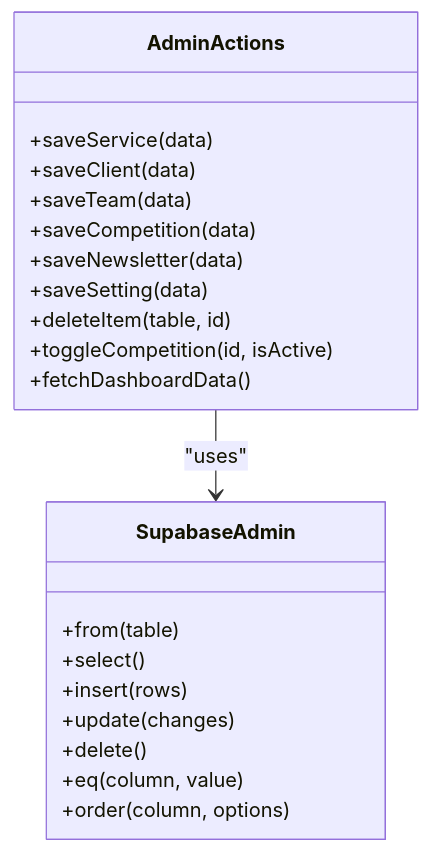
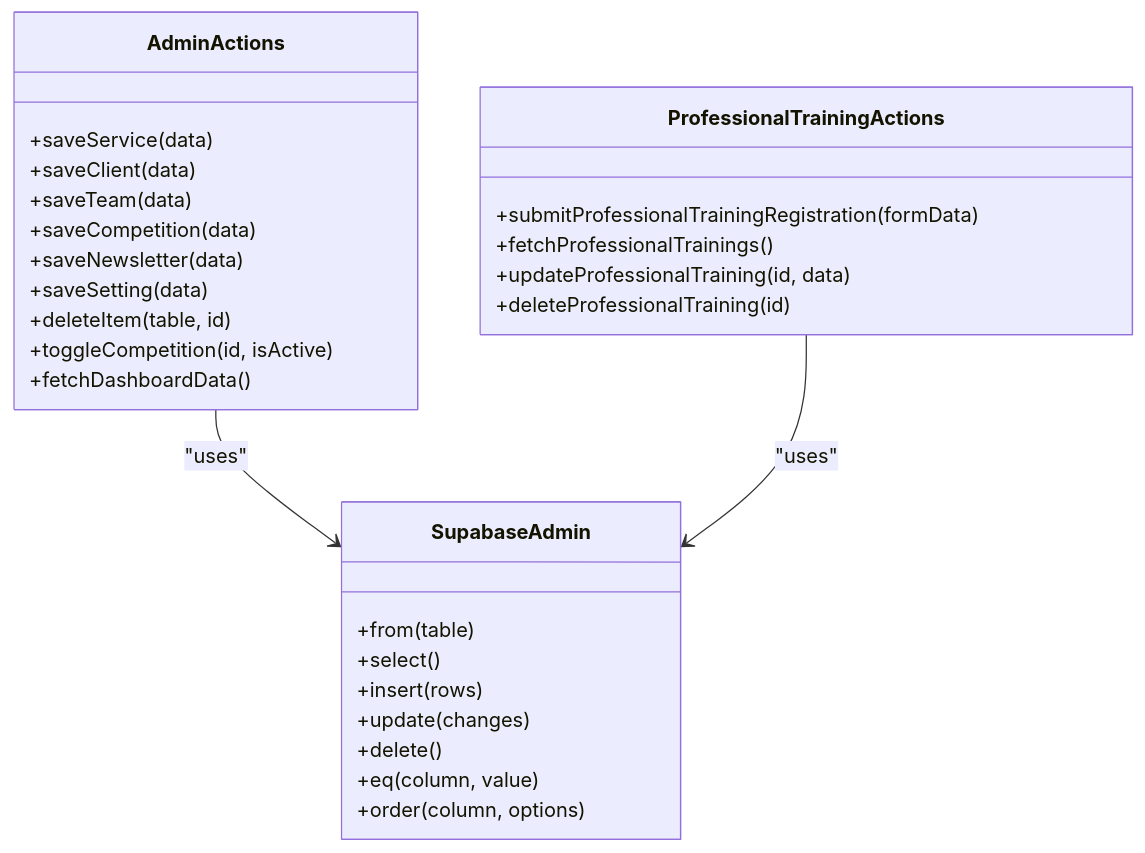
Before and after one commit to Black-box01/rhemaexpertsolutions: the eighth of 10 diagrams in .qoder/repowiki/en/content/Server Actions and Data Management/Server Actions and Data Management.md, drawn with Mermaid. The commit also changed other lines of this file and 22 other files, not shown here.

First line of the commit message:
feat(professional-trainings): add professional training registration system

````diff
--- a/.qoder/repowiki/en/content/Server Actions and Data Management/Server Actions and Data Management.md
+++ b/.qoder/repowiki/en/content/Server Actions and Data Management/Server Actions and Data Management.md
@@ -254,24 +321,31 @@
 ```mermaid
 classDiagram
 class AdminActions {
 +saveService(data)
 +saveClient(data)
 +saveTeam(data)
 +saveCompetition(data)
 +saveNewsletter(data)
 +saveSetting(data)
 +deleteItem(table, id)
 +toggleCompetition(id, isActive)
 +fetchDashboardData()
 }
+class ProfessionalTrainingActions {
++submitProfessionalTrainingRegistration(formData)
++fetchProfessionalTrainings()
++updateProfessionalTraining(id, data)
++deleteProfessionalTraining(id)
+}
 class SupabaseAdmin {
 +from(table)
 +select()
 +insert(rows)
 +update(changes)
 +delete()
 +eq(column, value)
 +order(column, options)
 }
 AdminActions --> SupabaseAdmin : "uses"
+ProfessionalTrainingActions --> SupabaseAdmin : "uses"
 ```
````
